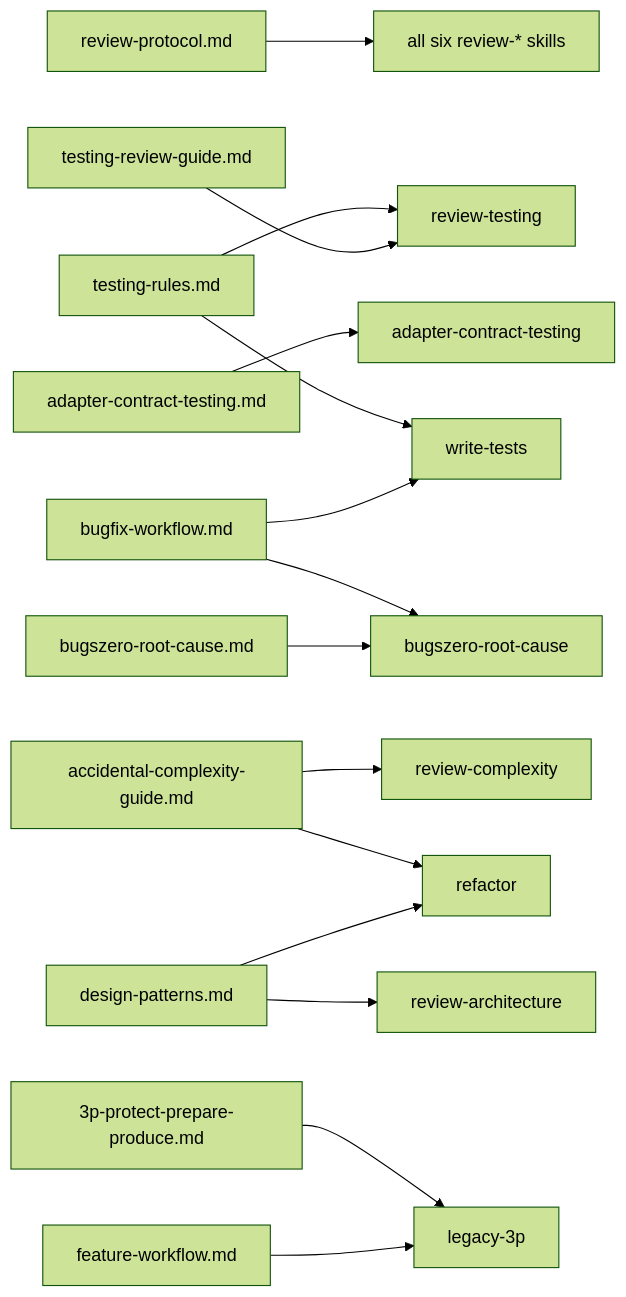
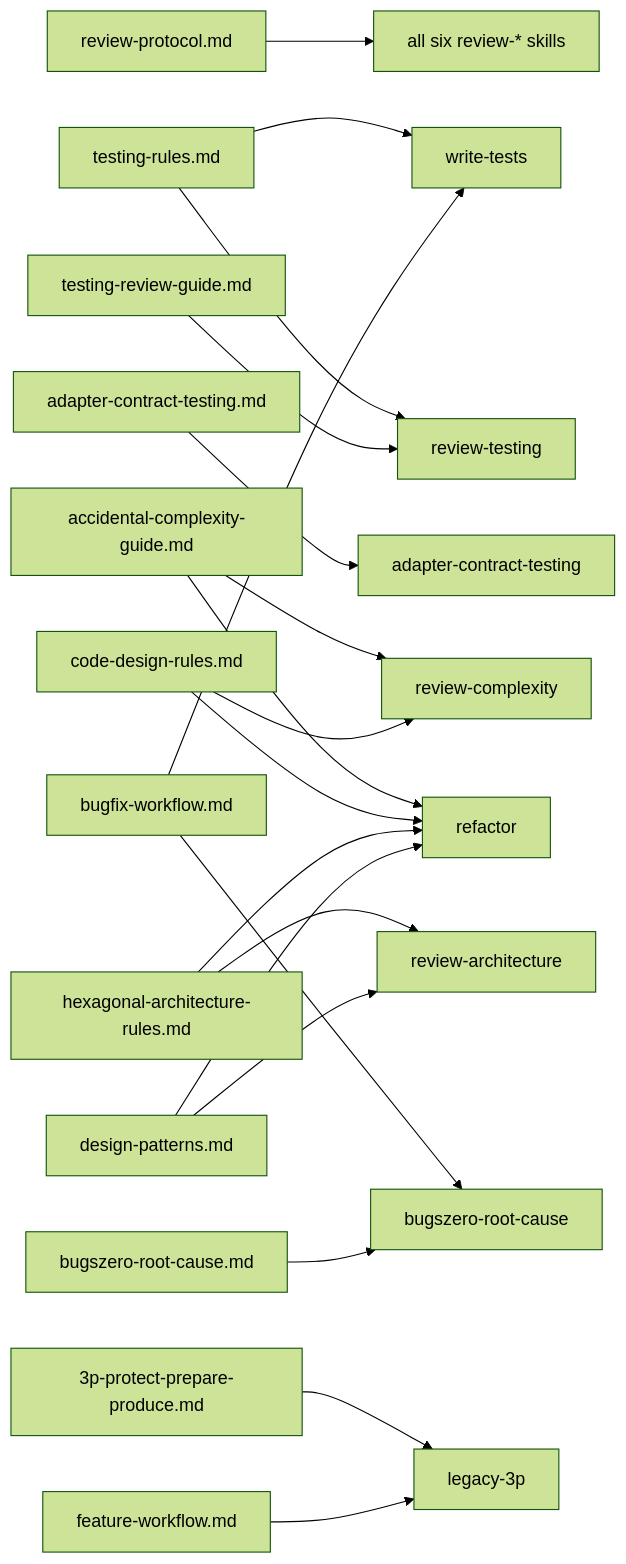
One commit to martinsson/unlockers-skills-library changed the third of 3 diagrams in diagrams/library-map.md. Above: the diagram before and after it, drawn with Mermaid (forest theme). The commit also changed other lines of this file and 12 other files, not shown here.

First line of the commit message:
Add code-design and hexagonal-architecture rules, and scope-challenge

````diff
--- a/diagrams/library-map.md
+++ b/diagrams/library-map.md
@@ -96,17 +98,21 @@
 ```mermaid
 flowchart LR
     RP[review-protocol.md] --> ALLREV[all six review-* skills]
     TR[testing-rules.md] --> WT[write-tests]
     TR --> RT[review-testing]
     TRG[testing-review-guide.md] --> RT
     ACTD[adapter-contract-testing.md] --> ACT[adapter-contract-testing]
     ACG[accidental-complexity-guide.md] --> RC[review-complexity]
     ACG --> RF[refactor]
+    CDR[code-design-rules.md] --> RC
+    CDR --> RF
+    HAR[hexagonal-architecture-rules.md] --> RA[review-architecture]
+    HAR --> RF
     DP[design-patterns.md] --> RF
-    DP --> RA[review-architecture]
+    DP --> RA
     BFD[bugfix-workflow.md] --> WT
     BFD --> BZS[bugszero-root-cause]
     BZD[bugszero-root-cause.md] --> BZS
     P3[3p-protect-prepare-produce.md] --> L3[legacy-3p]
     FW[feature-workflow.md] --> L3
 ```
````
